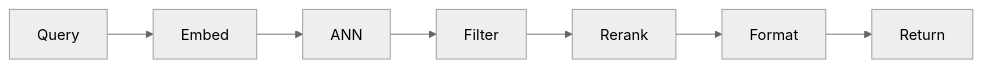
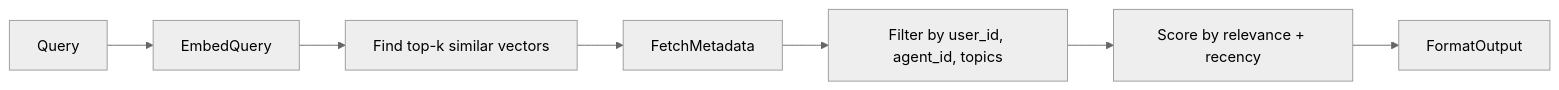
The sixth of 6 diagrams in litho.docs/3.Workflow.md (sopaco/cortex-mem), drawn with Mermaid (neutral theme) before and after one commit. The commit also changed other lines of this file and 11 other files, not shown here.

````diff
--- a/litho.docs/3.Workflow.md
+++ b/litho.docs/3.Workflow.md
@@ -458,4 +379,9 @@
 ```mermaid
 flowchart LR
-    Query --> Embed --> ANN --> Filter --> Rerank --> Format --> Return
+    Query --> EmbedQuery
+    EmbedQuery --> VectorSearch["Find top-k similar vectors"]
+    VectorSearch --> FetchMetadata
+    FetchMetadata --> ApplyFilters["Filter by user_id, agent_id, topics"]
+    ApplyFilters --> RankResults["Score by relevance + recency"]
+    RankResults --> FormatOutput
 ```
````
